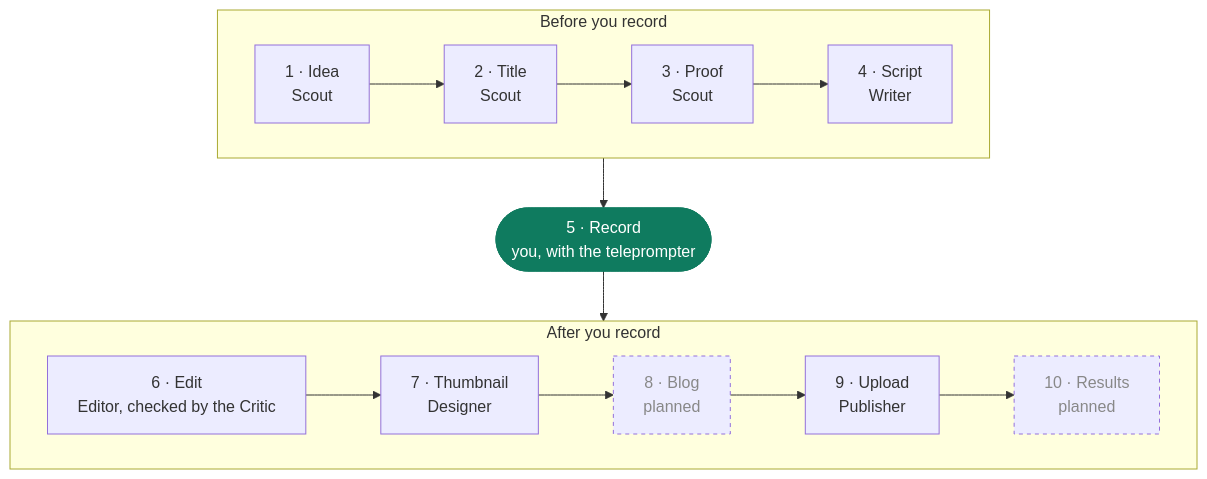
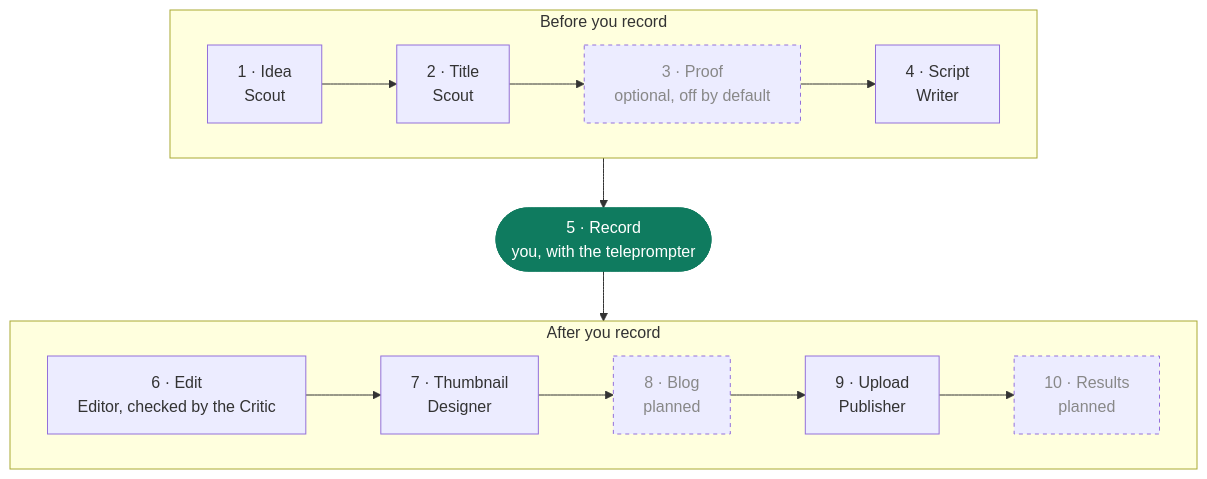
Before and after one commit to marcopatzelt/crewcut: the first of 2 diagrams in README.md, drawn with Mermaid. The commit also changed other lines of this file and 17 other files, not shown here.

First line of the commit message:
Make the proof step optional and off by default

````diff
--- a/README.md
+++ b/README.md
@@ -105,17 +105,17 @@
 ```mermaid
 flowchart TB
     subgraph before["Before you record"]
         direction LR
-        s1["1 · Idea<br/>Scout"] --> s2["2 · Title<br/>Scout"] --> s3["3 · Proof<br/>Scout"] --> s4["4 · Script<br/>Writer"]
+        s1["1 · Idea<br/>Scout"] --> s2["2 · Title<br/>Scout"] --> s3["3 · Proof<br/>optional, off by default"] --> s4["4 · Script<br/>Writer"]
     end
     subgraph after["After you record"]
         direction LR
         s6["6 · Edit<br/>Editor, checked by the Critic"] --> s7["7 · Thumbnail<br/>Designer"] --> s8["8 · Blog<br/>planned"] --> s9["9 · Upload<br/>Publisher"] --> s10["10 · Results<br/>planned"]
     end
     s5(["5 · Record<br/>you, with the teleprompter"])
     s4 --> s5 --> s6
     classDef you fill:#0f7b5f,color:#ffffff,stroke:#0f7b5f
     classDef planned stroke-dasharray: 4 4,color:#888888
     class s5 you
-    class s8,s10 planned
+    class s3,s8,s10 planned
 ```
````
